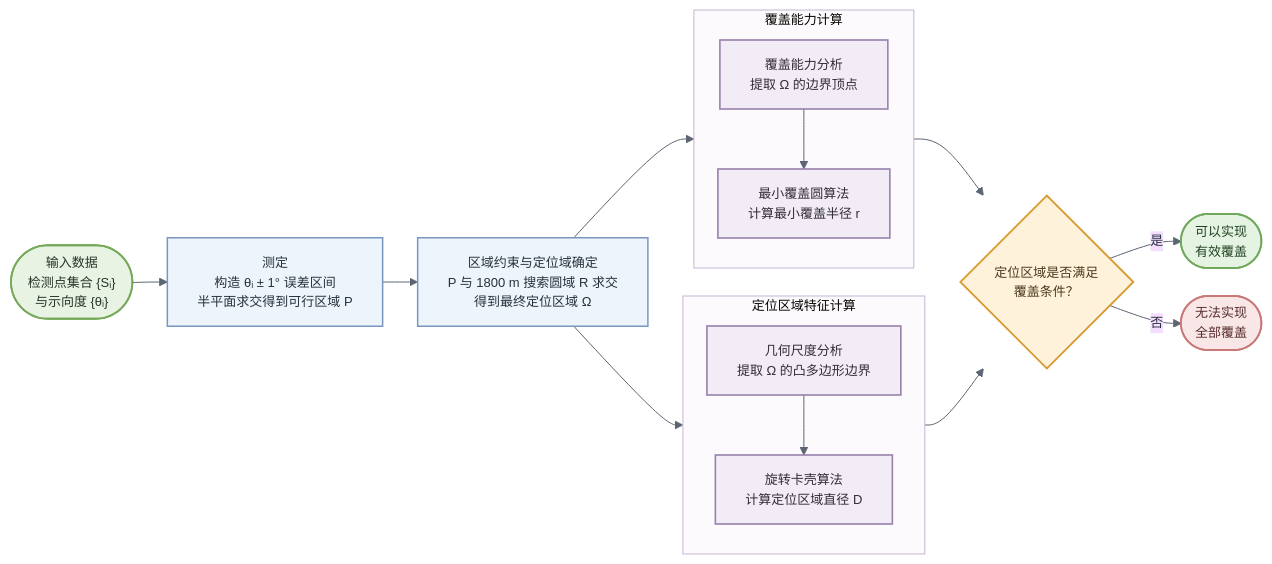
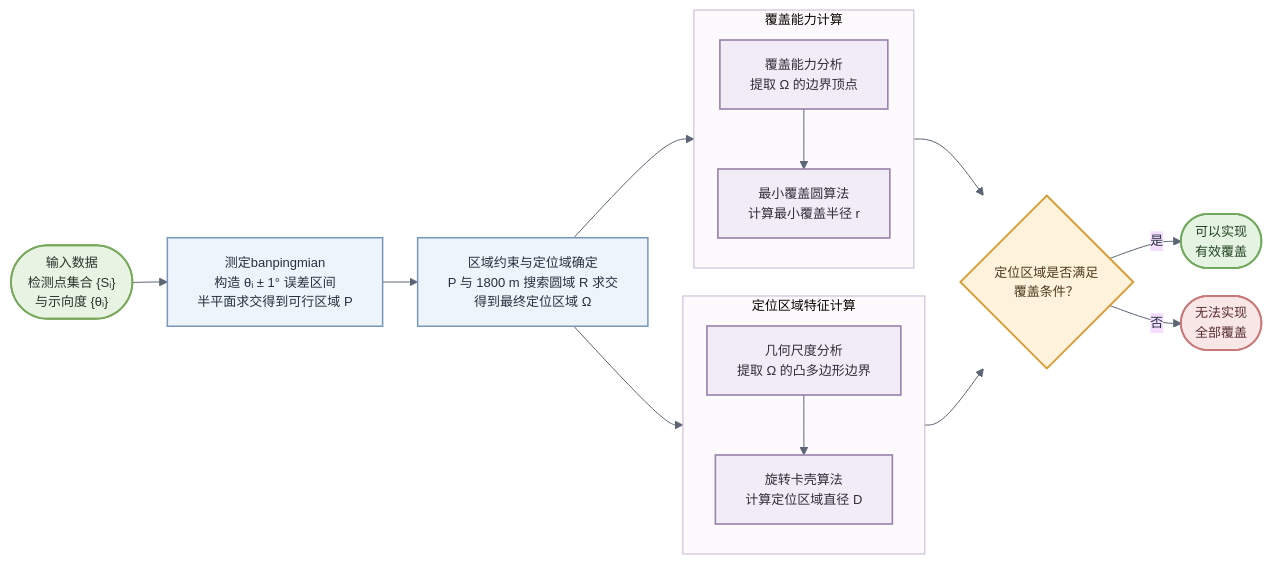
Before and after one commit to Kristine922/iodraw-files: the diagram in all/未命名.md, drawn with Mermaid.

Commit message:
2026-09-11 18:54:33 update

```diff
--- a/all/未命名.md
+++ b/all/未命名.md
@@ -21,7 +21,7 @@
 %% =========================
 A(["输入数据<br/>检测点集合 {Sᵢ}<br/>与示向度 {θᵢ}"])
 
-B["测定<br/>构造 θᵢ ± 1° 误差区间<br/>半平面求交得到可行区域 P"]
+B["测定banpingmian<br/>构造 θᵢ ± 1° 误差区间<br/>半平面求交得到可行区域 P"]
 
 C["区域约束与定位域确定<br/>P 与 1800 m 搜索圆域 R 求交<br/>得到最终定位区域 Ω"]
 
```
